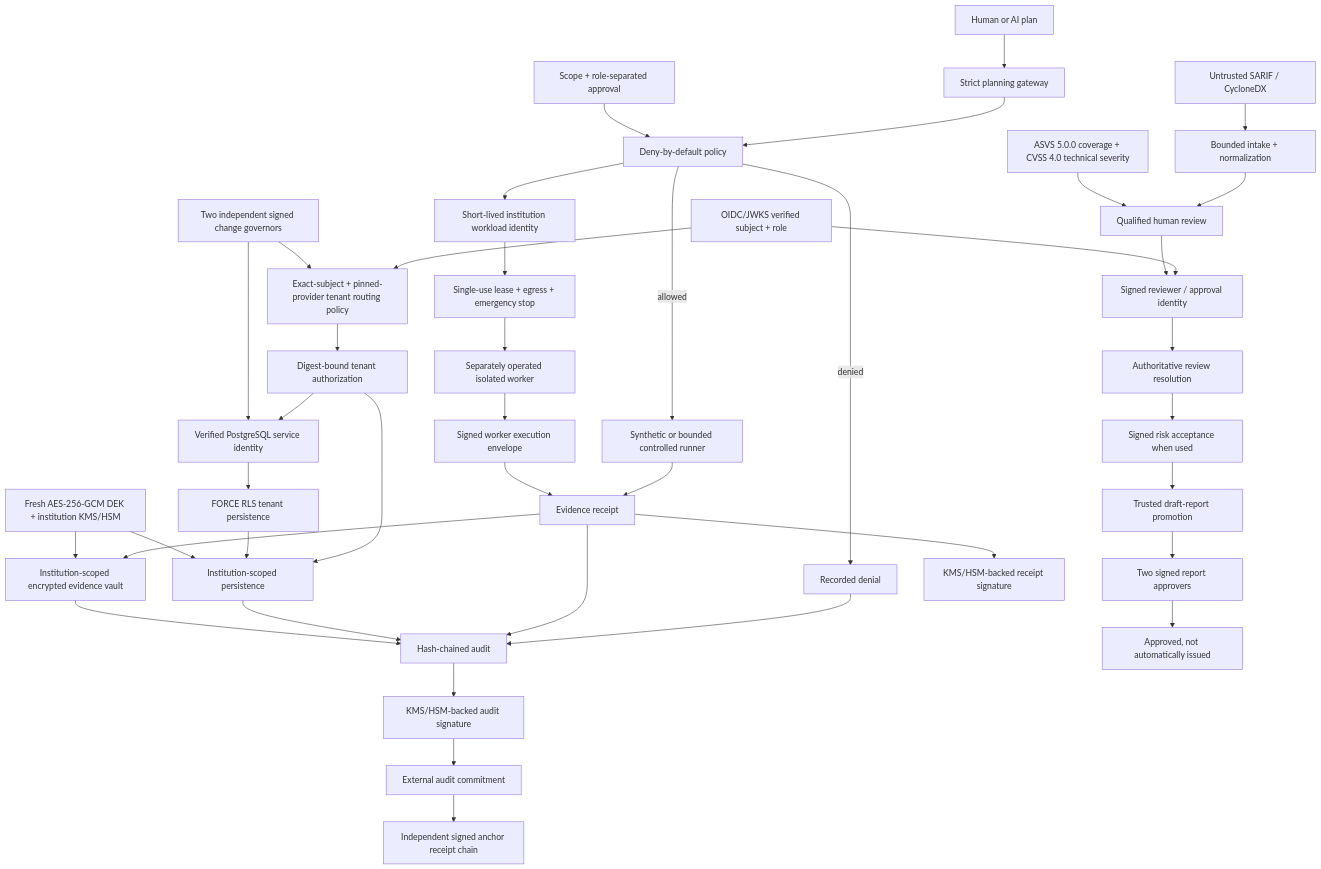
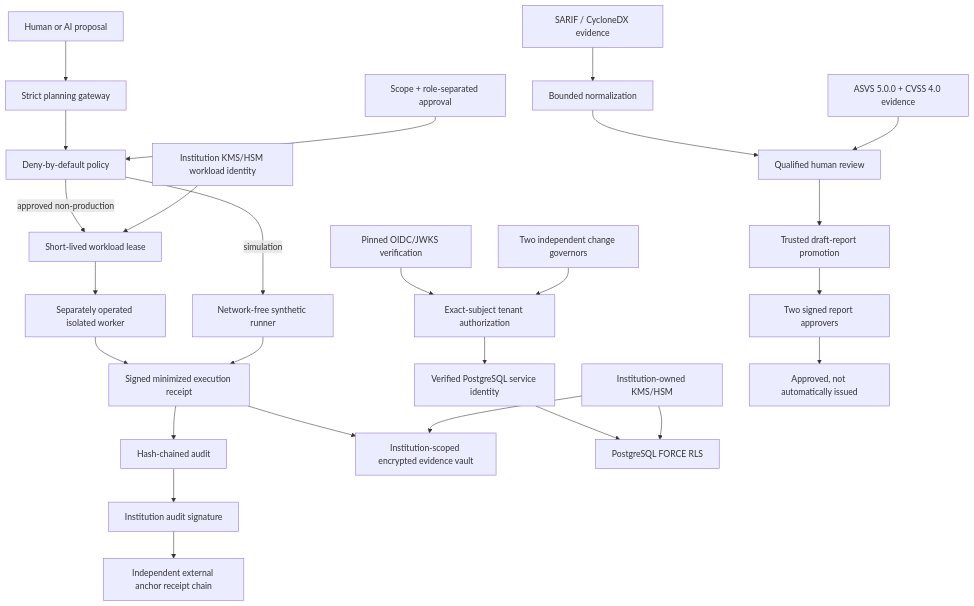
The diagram in README.md (bilgekayali/finredops), drawn with Mermaid before and after one commit. The commit also changed other lines of this file and 20 other files, not shown here.

````diff
--- a/README.md
+++ b/README.md
@@ -48,43 +41,30 @@
 ```mermaid
 flowchart TD
-    A["Human or AI plan"] --> B["Strict planning gateway"]
+    A["Human or AI proposal"] --> B["Strict planning gateway"]
     B --> C["Deny-by-default policy"]
     D["Scope + role-separated approval"] --> C
-    C -->|allowed| E["Synthetic or bounded controlled runner"]
-    C -->|denied| F["Recorded denial"]
-    E --> G["Evidence receipt"]
-    C --> WI["Short-lived institution workload identity"]
-    WI --> WL["Single-use lease + egress + emergency stop"]
+    C -->|simulation| E["Network-free synthetic runner"]
+    C -->|approved non-production| WL["Short-lived workload lease"]
+    WI["Institution KMS/HSM workload identity"] --> WL
     WL --> WX["Separately operated isolated worker"]
-    WX --> WS["Signed worker execution envelope"]
-    WS --> G
-    F --> H["Hash-chained audit"]
-    G --> H
+    WX --> G["Signed minimized execution receipt"]
+    E --> G
+    G --> H["Hash-chained audit"]
+    H --> HS["Institution audit signature"]
+    HS --> AA["Independent external anchor receipt chain"]
     G --> VV["Institution-scoped encrypted evidence vault"]
-    I["Untrusted SARIF / CycloneDX"] --> J["Bounded intake + normalization"]
-    J --> K["Qualified human review"]
-    AS["ASVS 5.0.0 coverage + CVSS 4.0 technical severity"] --> K
-    O["OIDC/JWKS verified subject + role"] --> L["Signed reviewer / approval identity"]
-    K --> L
-    L --> N["Authoritative review resolution"]
-    N --> R["Signed risk acceptance when used"]
-    R --> M["Trusted draft-report promotion"]
-    M --> P["Two signed report approvers"]
-    P --> Q["Approved, not automatically issued"]
-    O --> W["Exact-subject + pinned-provider tenant routing policy"]
-    CC["Two independent signed change governors"] --> W
-    W --> X["Digest-bound tenant authorization"]
-    X --> S["Institution-scoped persistence"]
-    X --> Y["Verified PostgreSQL service identity"]
-    CC --> Y
-    Y --> Z["FORCE RLS tenant persistence"]
-    Z --> S
-    S --> H
-    T["Fresh AES-256-GCM DEK + institution KMS/HSM"] --> S
-    T --> VV
-    VV --> H
-    H --> U["KMS/HSM-backed audit signature"]
-    U --> AA["External audit commitment"]
-    AA --> AB["Independent signed anchor receipt chain"]
-    G --> V["KMS/HSM-backed receipt signature"]
+
+    O["Pinned OIDC/JWKS verification"] --> TA["Exact-subject tenant authorization"]
+    CC["Two independent change governors"] --> TA
+    TA --> PG["Verified PostgreSQL service identity"]
+    PG --> RLS["PostgreSQL FORCE RLS"]
+    KMS["Institution-owned KMS/HSM"] --> RLS
+    KMS --> VV
+
+    I["SARIF / CycloneDX evidence"] --> Q["Bounded normalization"]
+    Q --> HR["Qualified human review"]
+    AS["ASVS 5.0.0 + CVSS 4.0 evidence"] --> HR
+    HR --> DR["Trusted draft-report promotion"]
+    DR --> AP["Two signed report approvers"]
+    AP --> AR["Approved, not automatically issued"]
 ```
````
